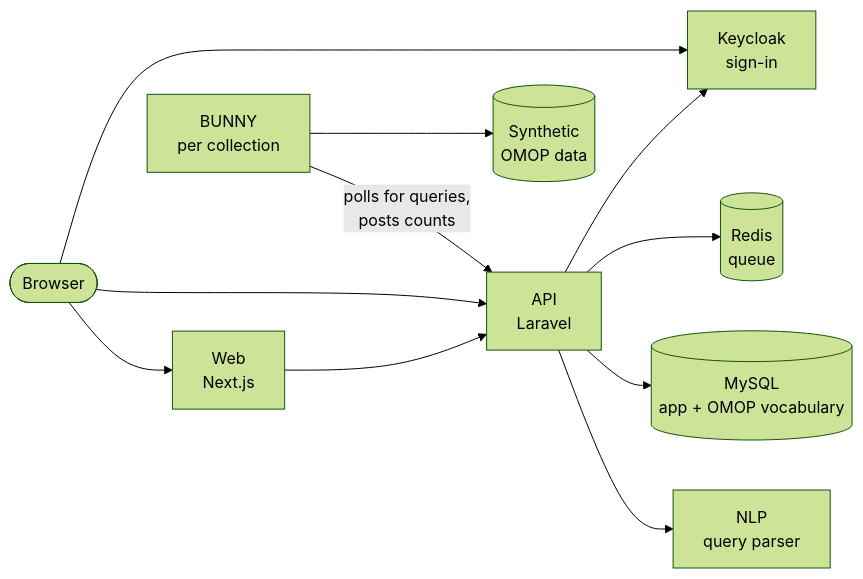
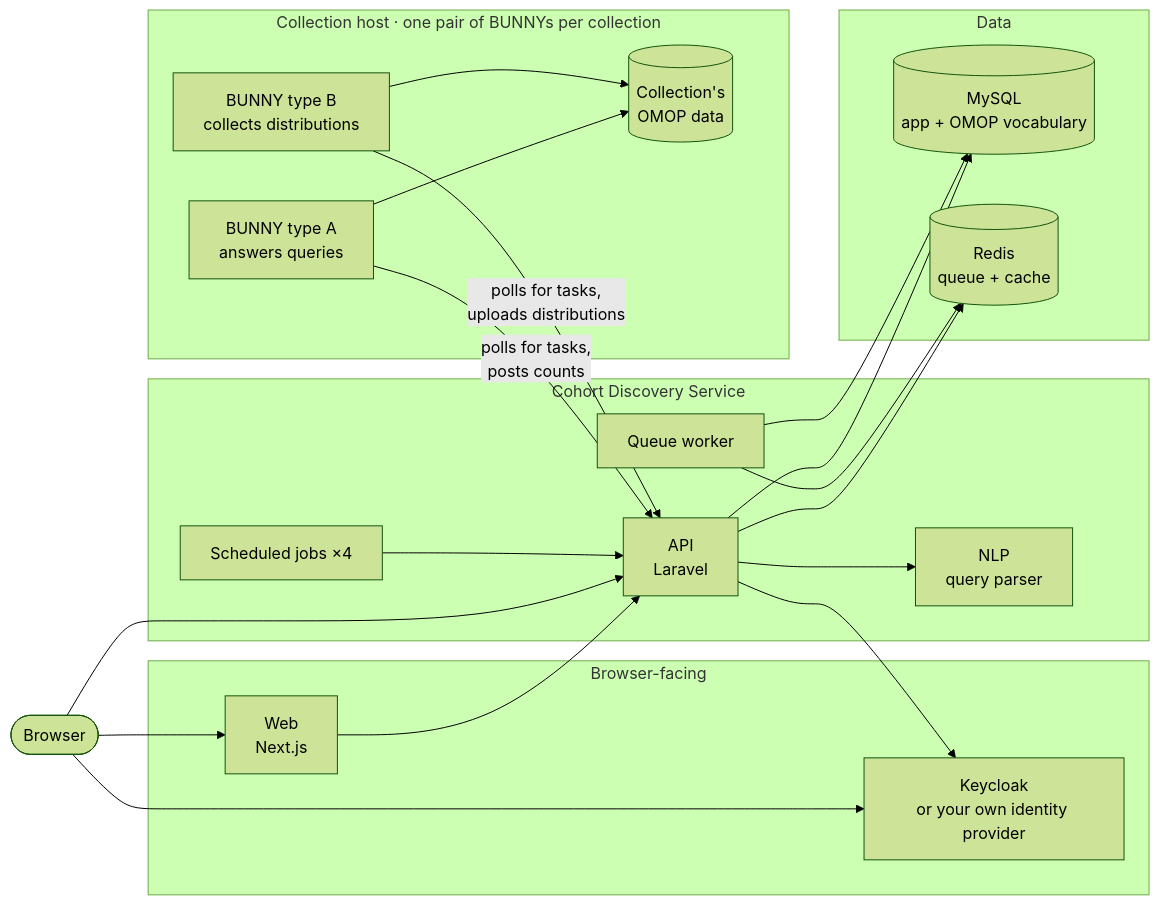
The diagram in README.md (HDRUK/cohort-discovery-service-stack), drawn with Mermaid (forest theme) before and after one commit. The commit also changed other lines of this file and 28 other files, not shown here.

````diff
--- a/README.md
+++ b/README.md
@@ -9,13 +11,43 @@
 ```mermaid
 flowchart LR
-  browser([Browser]) --> web[Web<br/>Next.js]
+  browser([Browser])
+
+  subgraph front[Browser-facing]
+    web[Web<br/>Next.js]
+    idp[Keycloak<br/>or your own identity provider]
+  end
+
+  subgraph service[Cohort Discovery Service]
+    api[API<br/>Laravel]
+    nlp[NLP<br/>query parser]
+    queue[Queue worker]
+    sched[Scheduled jobs ×4]
+  end
+
+  subgraph data[Data]
+    mysql[(MySQL<br/>app + OMOP vocabulary)]
+    redis[(Redis<br/>queue + cache)]
+  end
+
+  subgraph host[Collection host · one pair of BUNNYs per collection]
+    bunnyA[BUNNY type A<br/>answers queries]
+    bunnyB[BUNNY type B<br/>collects distributions]
+    omop[(Collection's<br/>OMOP data)]
+  end
+
+  browser --> web
   browser --> api
-  browser --> keycloak[Keycloak<br/>sign-in]
-  web --> api[API<br/>Laravel]
-  api --> nlp[NLP<br/>query parser]
-  api --> mysql[(MySQL<br/>app + OMOP vocabulary)]
-  api --> redis[(Redis<br/>queue)]
-  api --> keycloak
-  bunny[BUNNY<br/>per collection] -- polls for queries,<br/>posts counts --> api
-  bunny --> synthetic[(Synthetic<br/>OMOP data)]
+  browser --> idp
+  web --> api
+  api --> nlp
+  api --> mysql
+  api --> redis
+  api --> idp
+  queue --> redis
+  queue --> mysql
+  sched --> api
+  bunnyA -- polls for tasks,<br/>posts counts --> api
+  bunnyB -- polls for tasks,<br/>uploads distributions --> api
+  bunnyA --> omop
+  bunnyB --> omop
 ```
````
